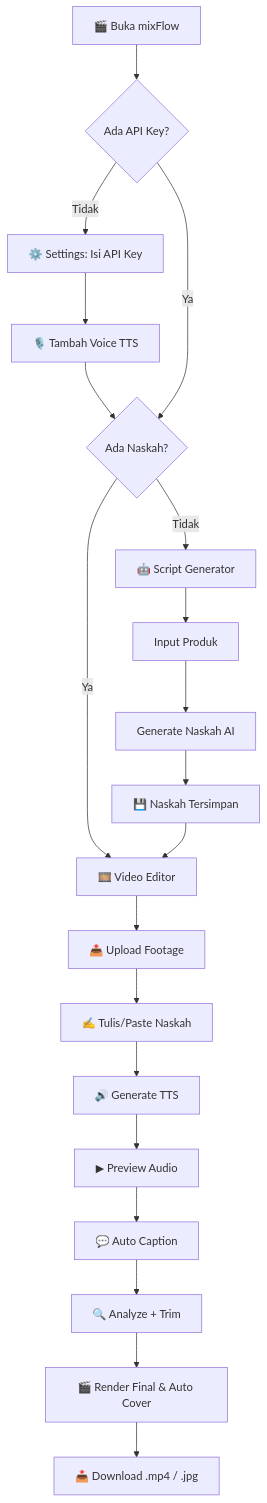
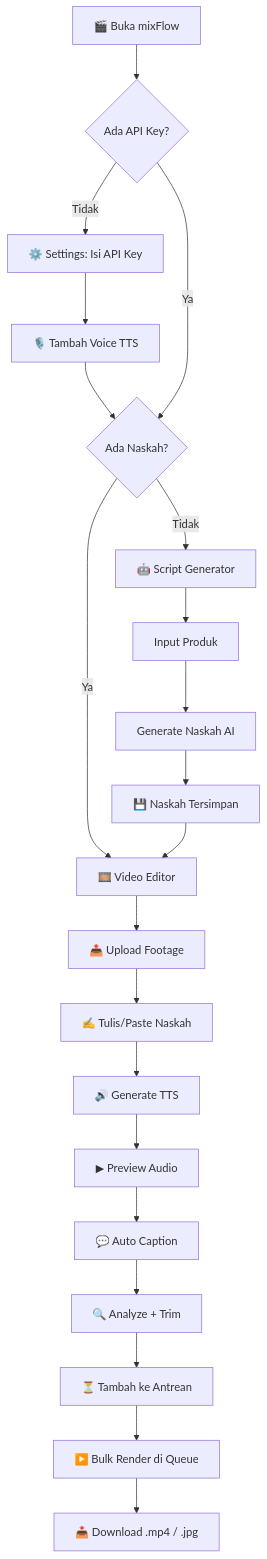
The first of 4 diagrams in README.md (Muhira007/mixFlow-Studio), drawn with Mermaid before and after one commit. The commit also changed other lines of this file and 15 other files, not shown here.

Commit message:
Update version to 1.0.0, remove beta references, and document new render queue feature

````diff
--- a/README.md
+++ b/README.md
@@ -219,25 +220,26 @@
 ```mermaid
 flowchart TD
     A[🎬 Buka mixFlow] --> B{Ada API Key?}
     B -- Tidak --> S[⚙️ Settings: Isi API Key]
     S --> S2[🎙️ Tambah Voice TTS]
     S2 --> C
 
     B -- Ya --> C{Ada Naskah?}
     C -- Tidak --> G[🤖 Script Generator]
     G --> G1[Input Produk]
     G1 --> G2[Generate Naskah AI]
     G2 --> G3[💾 Naskah Tersimpan]
 
     C -- Ya --> V[🎞️ Video Editor]
     G3 --> V
 
     V --> V1[📤 Upload Footage]
     V1 --> V2[✍️ Tulis/Paste Naskah]
     V2 --> V3[🔊 Generate TTS]
     V3 --> V4[▶ Preview Audio]
     V4 --> V4_1[💬 Auto Caption]
     V4_1 --> V5[🔍 Analyze + Trim]
-    V5 --> V6[🎬 Render Final & Auto Cover]
-    V6 --> D[📥 Download .mp4 / .jpg]
+    V5 --> V6[⏳ Tambah ke Antrean]
+    V6 --> V7[▶️ Bulk Render di Queue]
+    V7 --> D[📥 Download .mp4 / .jpg]
 ```
````
